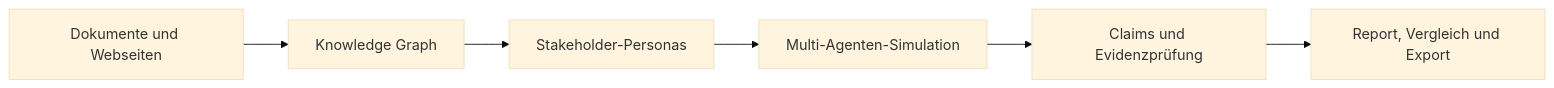
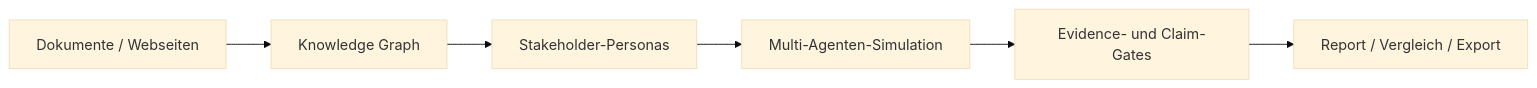
One commit to arn0ld87/agora changed the first of 2 diagrams in README.de.md. Above: the diagram before and after it, drawn with Mermaid (base theme). The commit also changed other lines of this file and 29 other files, not shown here.

````diff
--- a/README.de.md
+++ b/README.de.md
@@ -111,8 +61,8 @@
 ```mermaid
 flowchart LR
-    A[Dokumente und Webseiten] --> B[Knowledge Graph]
+    A[Dokumente / Webseiten] --> B[Knowledge Graph]
     B --> C[Stakeholder-Personas]
     C --> D[Multi-Agenten-Simulation]
-    D --> E[Claims und Evidenzprüfung]
-    E --> F[Report, Vergleich und Export]
+    D --> E[Evidence- und Claim-Gates]
+    E --> F[Report / Vergleich / Export]
 ```
````
